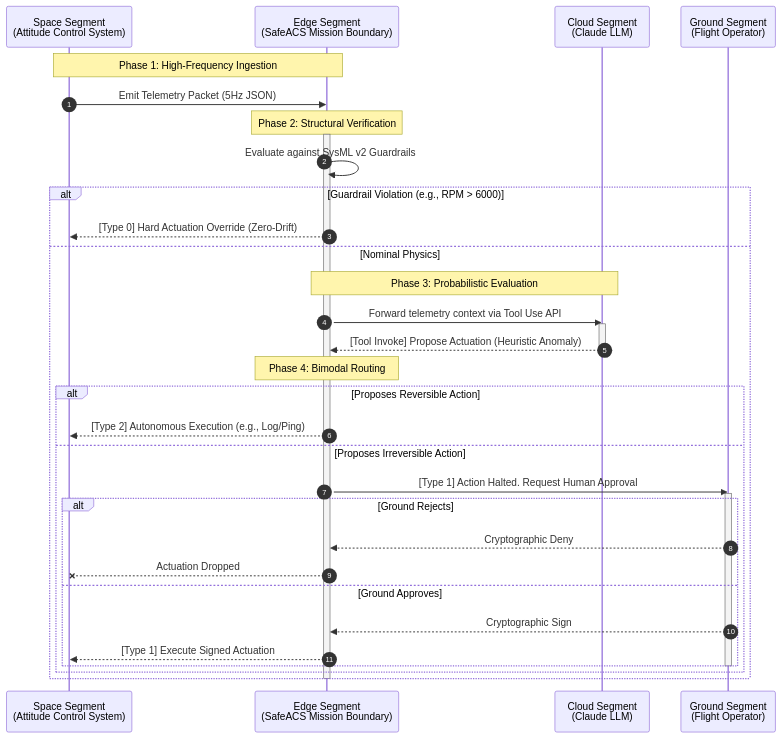
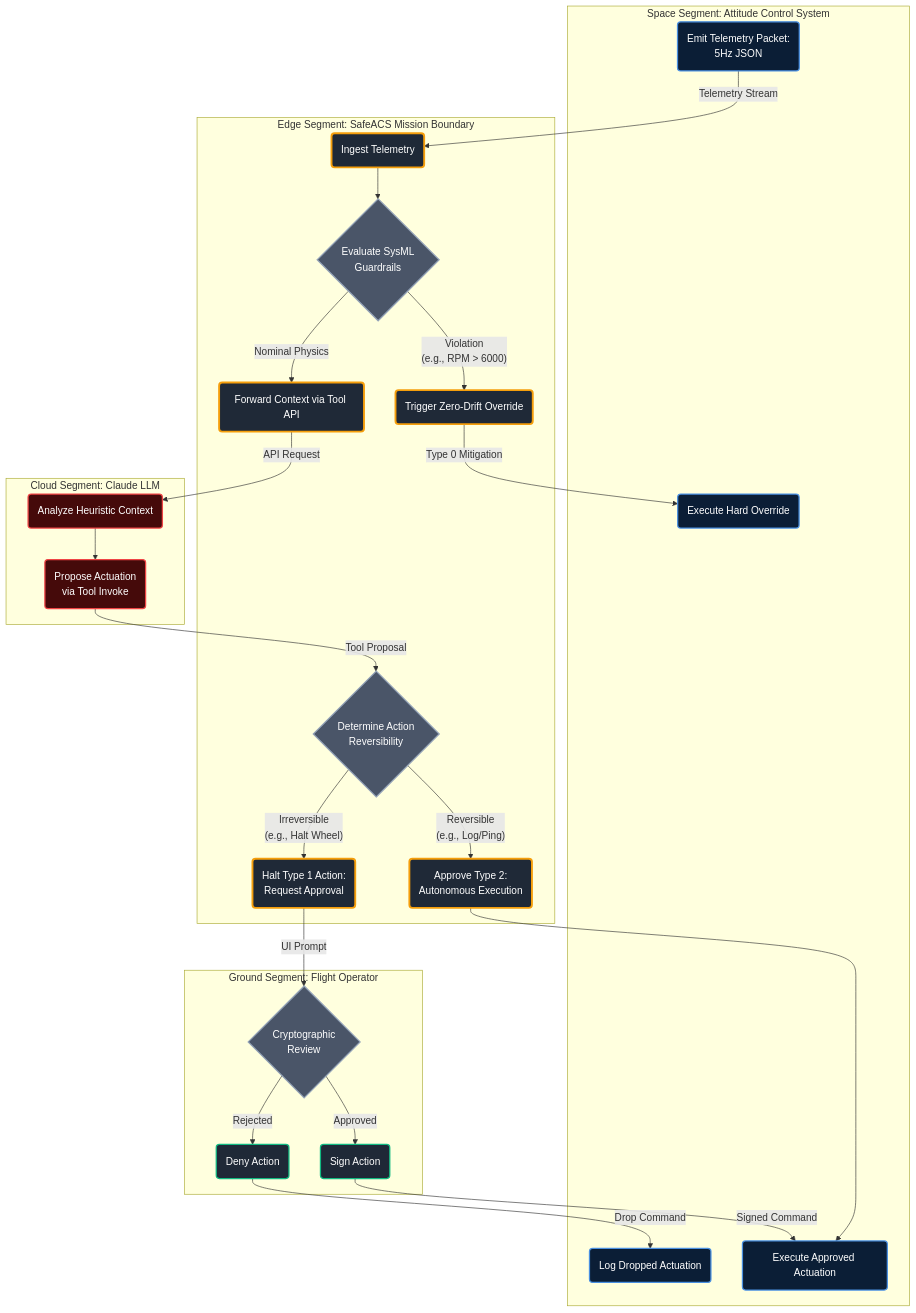
The diagram in mission_engineering/UAF_Op-Pr_Operational_Processes.md (camirian/safe-acs), drawn with Mermaid before and after one commit.

Commit message:
style(docs): convert Op-Pr sequence diagram to standard UAF activity flowchart

````diff
--- a/mission_engineering/UAF_Op-Pr_Operational_Processes.md
+++ b/mission_engineering/UAF_Op-Pr_Operational_Processes.md
@@ -16,47 +16,61 @@
 ```mermaid
-sequenceDiagram
-    autonumber
+flowchart TD
+    classDef space fill:#0b1e36,color:#fff,stroke:#4a90e2,stroke-width:2px;
+    classDef edge fill:#1f2937,color:#fff,stroke:#f59e0b,stroke-width:3px;
+    classDef cloud fill:#450a0a,color:#fff,stroke:#ef4444,stroke-width:2px;
+    classDef ground fill:#1f2937,color:#fff,stroke:#10b981,stroke-width:2px;
+    classDef dec fill:#4a5568,color:#fff,stroke:#94a3b8,stroke-width:2px,shape:diamond;
+
+    %% Swimlanes
+    subgraph Space_Domain [Space Segment: Attitude Control System]
+        A1(Emit Telemetry Packet:<br/>5Hz JSON):::space
+        A6(Execute Approved Actuation):::space
+        A7(Log Dropped Actuation):::space
+        A8(Execute Hard Override):::space
+    end
+
+    subgraph Assurance_Boundary [Edge Segment: SafeACS Mission Boundary]
+        B1(Ingest Telemetry):::edge
+        B2{Evaluate SysML<br/>Guardrails}:::dec
+        B3(Trigger Zero-Drift Override):::edge
+        B4(Forward Context via Tool API):::edge
+        B5{Determine Action<br/>Reversibility}:::dec
+        B6(Approve Type 2:<br/>Autonomous Execution):::edge
+        B7(Halt Type 1 Action:<br/>Request Approval):::edge
+    end
+
+    subgraph Cloud_Domain [Cloud Segment: Claude LLM]
+        C1(Analyze Heuristic Context):::cloud
+        C2(Propose Actuation<br/>via Tool Invoke):::cloud
+    end
+
+    subgraph Ground_Domain [Ground Segment: Flight Operator]
+        D1{Cryptographic<br/>Review}:::dec
+        D2(Sign Action):::ground
+        D3(Deny Action):::ground
+    end
+
+    %% Activity Flow
+    A1 -->|"Telemetry Stream"| B1
+    B1 --> B2
     
-    %% Define Actors / Nodes
-    participant Sat as Space Segment<br/>(Attitude Control System)
-    participant Edge as Edge Segment<br/>(SafeACS Mission Boundary)
-    participant Cloud as Cloud Segment<br/>(Claude LLM)
-    participant Ground as Ground Segment<br/>(Flight Operator)
-
-    %% Operational Sequence
-    Note over Sat,Edge: Phase 1: High-Frequency Ingestion
-    Sat->>Edge: Emit Telemetry Packet (5Hz JSON)
+    B2 -->|"Violation<br/>(e.g., RPM > 6000)"| B3
+    B3 -->|"Type 0 Mitigation"| A8
     
-    Note over Edge: Phase 2: Structural Verification
-    activate Edge
-    Edge->>Edge: Evaluate against SysML v2 Guardrails
+    B2 -->|"Nominal Physics"| B4
+    B4 -->|"API Request"| C1
+    C1 --> C2
+    C2 -->|"Tool Proposal"| B5
     
-    alt Guardrail Violation (e.g., RPM > 6000)
-        Edge-->>Sat: [Type 0] Hard Actuation Override (Zero-Drift)
-    else Nominal Physics
-        %% Passing nominal data to Claude
-        Note over Edge,Cloud: Phase 3: Probabilistic Evaluation
-        Edge->>Cloud: Forward telemetry context via Tool Use API
-        activate Cloud
-        Cloud-->>Edge: [Tool Invoke] Propose Actuation (Heuristic Anomaly)
-        deactivate Cloud
-        
-        Note over Edge: Phase 4: Bimodal Routing
-        alt Proposes Reversible Action
-            Edge-->>Sat: [Type 2] Autonomous Execution (e.g., Log/Ping)
-        else Proposes Irreversible Action
-            Edge->>Ground: [Type 1] Action Halted. Request Human Approval
-            activate Ground
-            
-            alt Ground Rejects
-                Ground-->>Edge: Cryptographic Deny
-                Edge--xSat: Actuation Dropped
-            else Ground Approves
-                Ground-->>Edge: Cryptographic Sign
-                Edge-->>Sat: [Type 1] Execute Signed Actuation
-            end
-            deactivate Ground
-        end
-    end
-    deactivate Edge
+    B5 -->|"Reversible<br/>(e.g., Log/Ping)"| B6
+    B6 --> A6
+    
+    B5 -->|"Irreversible<br/>(e.g., Halt Wheel)"| B7
+    B7 -->|"UI Prompt"| D1
+    
+    D1 -->|"Approved"| D2
+    D2 -->|"Signed Command"| A6
+    
+    D1 -->|"Rejected"| D3
+    D3 -->|"Drop Command"| A7
 ```
````
